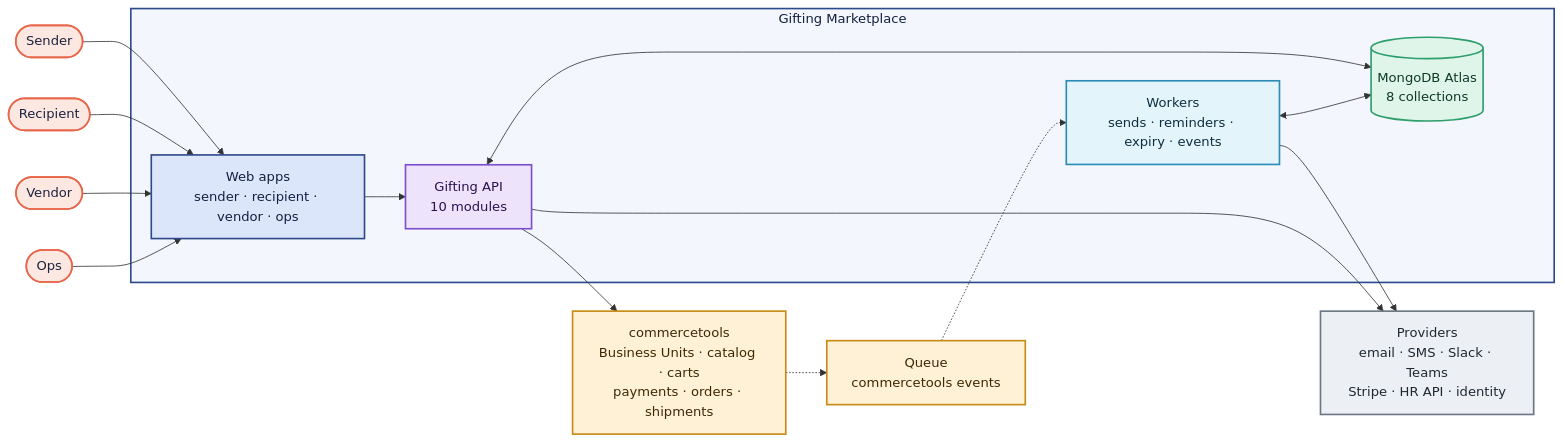
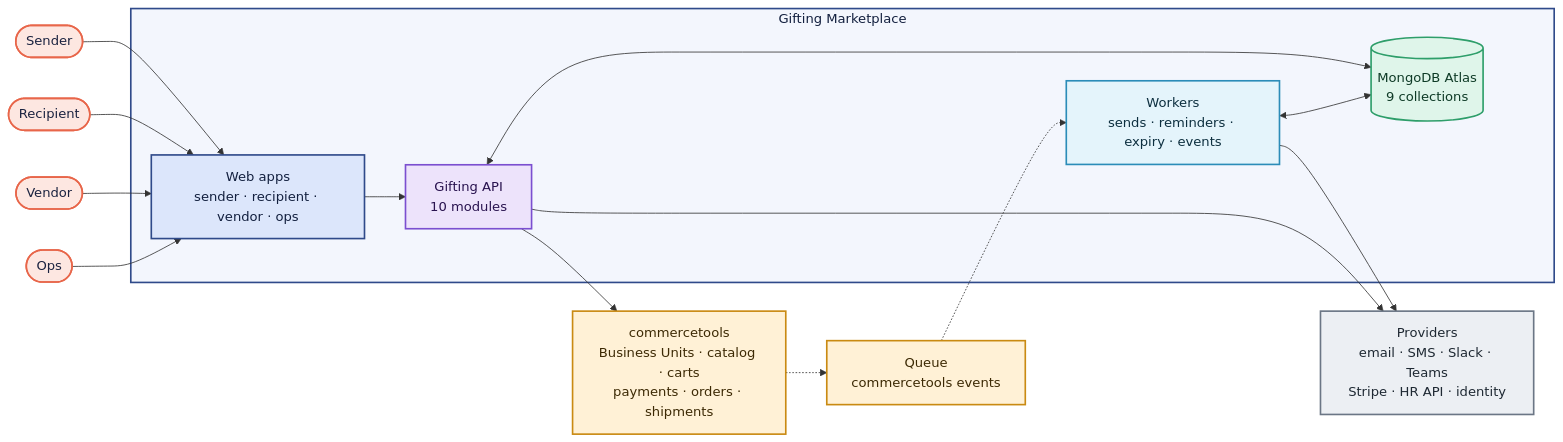
The diagram in docs/README.md (sonishivam1/corporate-gifting), drawn with Mermaid before and after one commit. The commit also changed 64 other files, not shown here.

````diff
--- a/docs/README.md
+++ b/docs/README.md
@@ -26,45 +26,45 @@
 ```mermaid
 flowchart LR
   sender(["Sender"])
   recipient(["Recipient"])
   vendor(["Vendor"])
   ops(["Ops"])
   subgraph gm["Gifting Marketplace"]
     apps["Web apps<br/>sender · recipient · vendor · ops"]
     api["Gifting API<br/>10 modules"]
     worker["Workers<br/>sends · reminders · expiry · events"]
-    db[("MongoDB Atlas<br/>8 collections")]
+    db[("MongoDB Atlas<br/>9 collections")]
   end
   ct["commercetools<br/>Business Units · catalog · carts<br/>payments · orders · shipments"]
   queue["Queue<br/>commercetools events"]
   ext["Providers<br/>email · SMS · Slack · Teams<br/>Stripe · HR API · identity"]
 
   sender --> apps
   recipient --> apps
   vendor --> apps
   ops --> apps
   apps --> api
   api <--> db
   worker <--> db
   api --> ct
   ct -.-> queue
   queue -.-> worker
   worker --> ext
   api --> ext
 
   classDef person fill:#FDE7E1,stroke:#E8664A,stroke-width:2px,color:#1B2340;
   classDef appNode fill:#DCE6FB,stroke:#2F4A8A,stroke-width:2px,color:#13203F;
   classDef apiNode fill:#EDE3FB,stroke:#7B4FD0,stroke-width:2px,color:#2A1450;
   classDef jobNode fill:#E4F4FB,stroke:#2B8CB8,stroke-width:2px,color:#0D2F3F;
   classDef dataNode fill:#DFF5EA,stroke:#2E9E6A,stroke-width:2px,color:#0F3B27;
   classDef ctNode fill:#FFF1D6,stroke:#C98A12,stroke-width:2px,color:#3D2A05;
   classDef external fill:#ECEFF3,stroke:#6B7685,stroke-width:2px,color:#1F2933;
   class sender,recipient,vendor,ops person;
   class apps appNode;
   class api apiNode;
   class worker jobNode;
   class db dataNode;
   class ct,queue ctNode;
   class ext external;
   style gm fill:#F3F6FD,stroke:#2F4A8A,stroke-width:2px,color:#13203F
 ```
````
